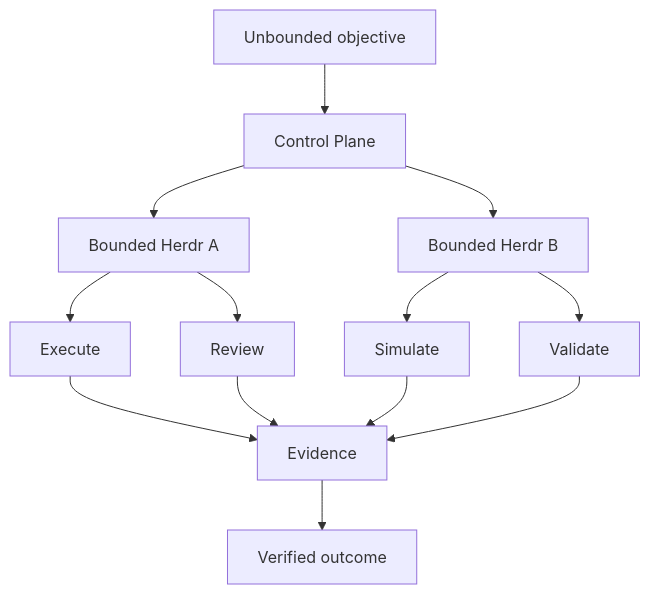
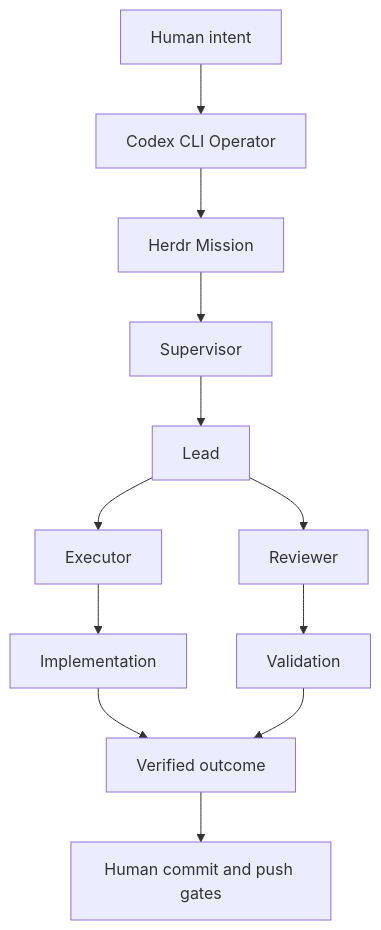
One commit to TheMickeyDodger/dodging-infinity changed the diagram in README.md. Above: the diagram before and after it, drawn with Mermaid. The commit also changed other lines of this file, not shown here.

Commit message:
Update README for Codex operator architecture

````diff
--- a/README.md
+++ b/README.md
@@ -33,15 +33,14 @@
 ```mermaid
 flowchart TD
-    A[Unbounded objective] --> B[Control Plane]
-    B --> C[Bounded Herdr A]
-    B --> D[Bounded Herdr B]
-    C --> E[Execute]
-    C --> F[Review]
-    D --> G[Simulate]
-    D --> H[Validate]
-    E --> I[Evidence]
-    F --> I
-    G --> I
-    H --> I
-    I --> J[Verified outcome]
+    A[Human intent] --> B[Codex CLI Operator]
+    B --> C[Herdr Mission]
+    C --> D[Supervisor]
+    D --> E[Lead]
+    E --> F[Executor]
+    E --> G[Reviewer]
+    F --> H[Implementation]
+    G --> I[Validation]
+    H --> J[Verified outcome]
+    I --> J
+    J --> K[Human commit and push gates]
 ```
````
